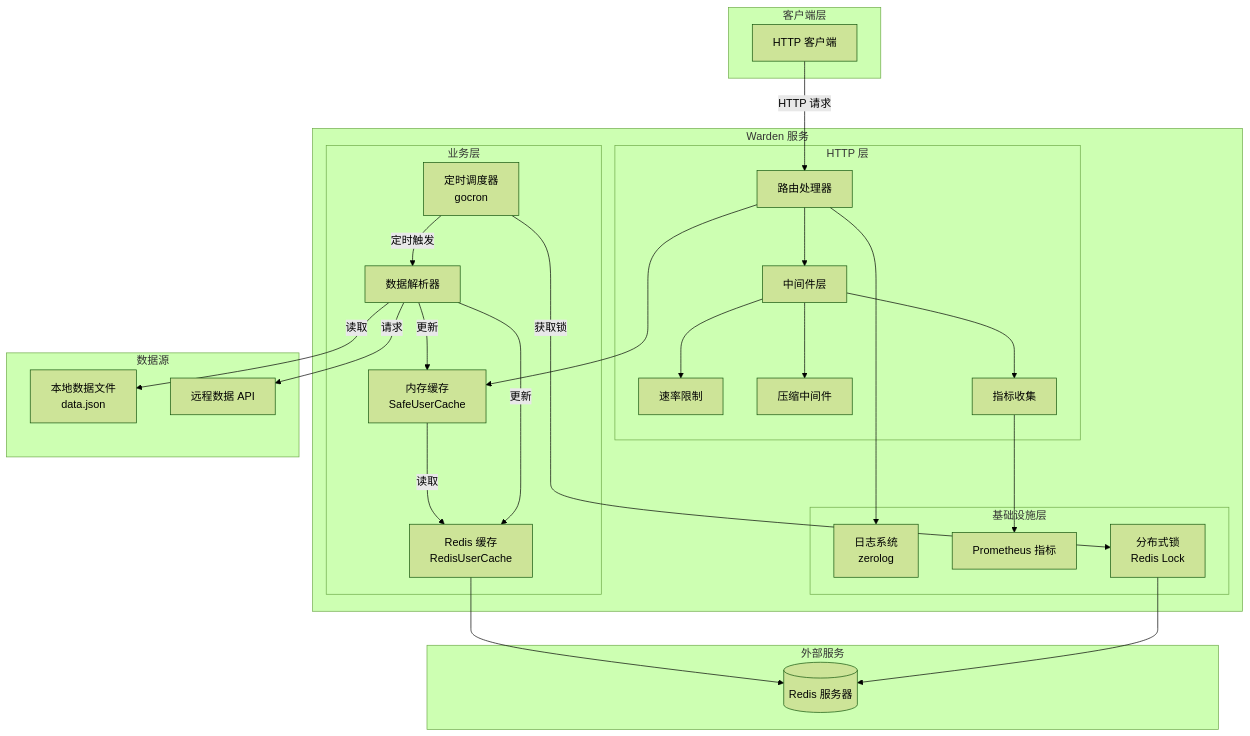
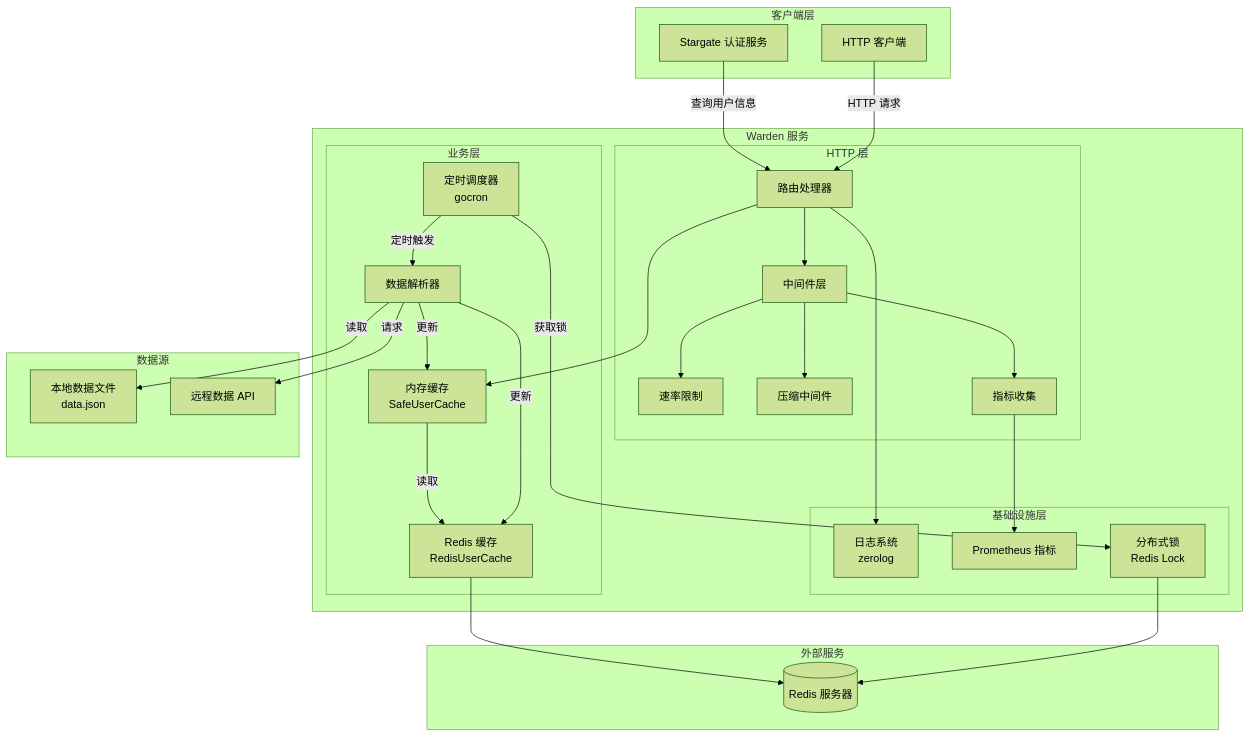
The first of 7 diagrams in docs/zhCN/ARCHITECTURE.md (soulteary/warden), drawn with Mermaid (forest theme) before and after one commit. The commit also changed other lines of this file and 46 other files, not shown here.

````diff
--- a/docs/zhCN/ARCHITECTURE.md
+++ b/docs/zhCN/ARCHITECTURE.md
@@ -9,56 +11,58 @@
 ```mermaid
 graph TB
     subgraph "客户端层"
+        Stargate[Stargate 认证服务]
         Client[HTTP 客户端]
     end
 
     subgraph "Warden 服务"
         subgraph "HTTP 层"
             Router[路由处理器]
             Middleware[中间件层]
             RateLimit[速率限制]
             Compress[压缩中间件]
             Metrics[指标收集]
         end
 
         subgraph "业务层"
             UserCache[内存缓存<br/>SafeUserCache]
             RedisCache[Redis 缓存<br/>RedisUserCache]
             Parser[数据解析器]
             Scheduler[定时调度器<br/>gocron]
         end
 
         subgraph "基础设施层"
             Logger[日志系统<br/>zerolog]
             Prometheus[Prometheus 指标]
             RedisLock[分布式锁<br/>Redis Lock]
         end
     end
 
     subgraph "数据源"
         LocalFile[本地数据文件<br/>data.json]
         RemoteAPI[远程数据 API]
     end
 
     subgraph "外部服务"
         Redis[(Redis 服务器)]
     end
 
+    Stargate -->|查询用户信息| Router
     Client -->|HTTP 请求| Router
     Router --> Middleware
     Middleware --> RateLimit
     Middleware --> Compress
     Middleware --> Metrics
     Router --> UserCache
     UserCache -->|读取| RedisCache
     RedisCache --> Redis
     Scheduler -->|定时触发| Parser
     Parser -->|读取| LocalFile
     Parser -->|请求| RemoteAPI
     Parser -->|更新| UserCache
     Parser -->|更新| RedisCache
     Scheduler -->|获取锁| RedisLock
     RedisLock --> Redis
     Router --> Logger
     Metrics --> Prometheus
 ```
````
